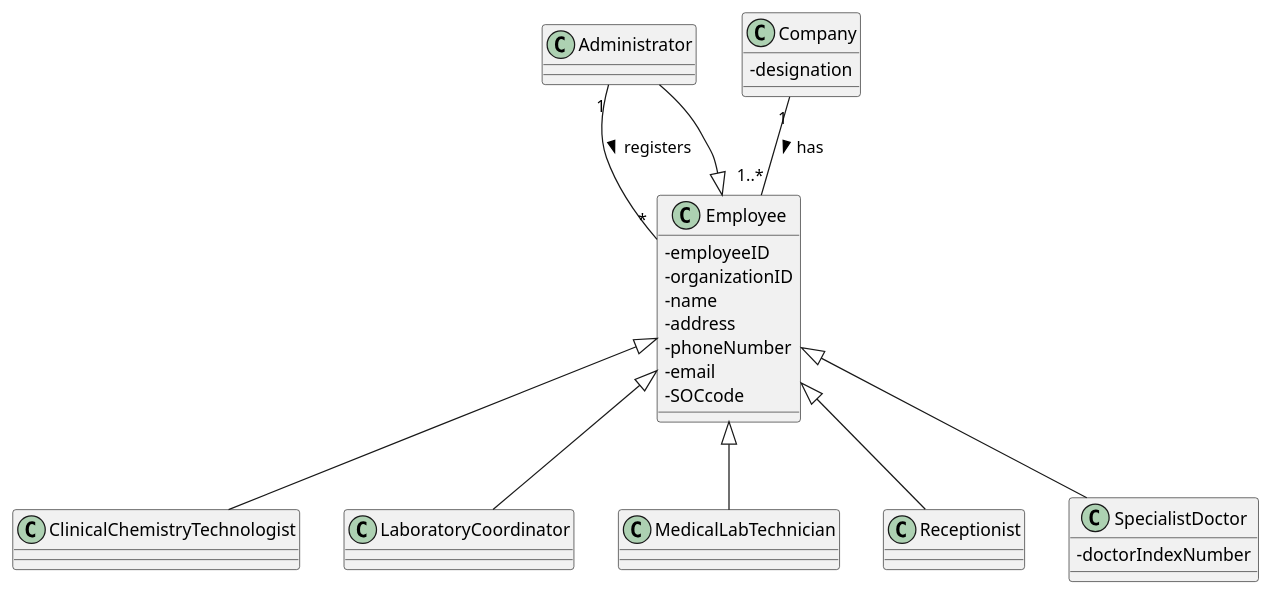
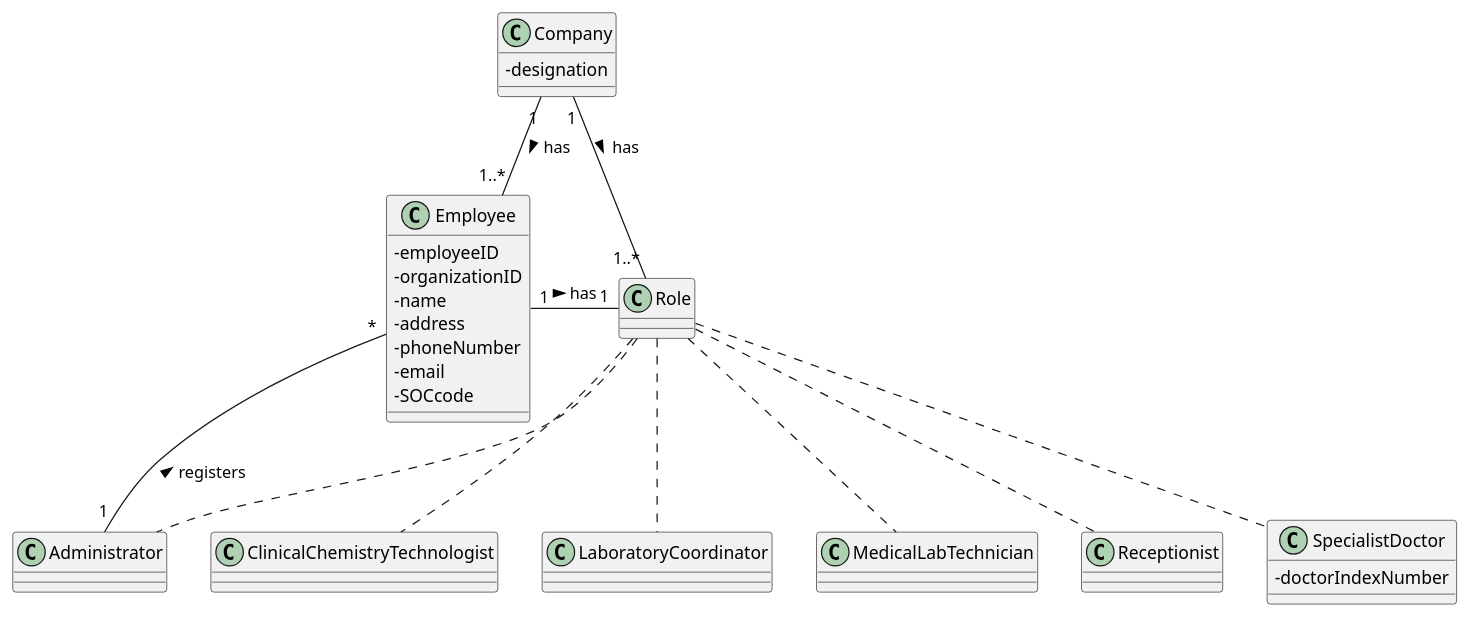
Before and after one commit to MadDinosaur/ISEP-LAPR2: the diagram in docs/SprintB/US7/US7_DM.puml, drawn with PlantUML. The commit also changed 2 other files, not shown here.

```diff
--- a/docs/SprintB/US7/US7_DM.puml
+++ b/docs/SprintB/US7/US7_DM.puml
@@ -1,33 +1,36 @@
 @startuml
 skinparam classAttributeIconSize 0
 
 class Administrator
 class ClinicalChemistryTechnologist
 class Company {
 -designation
 }
 class Employee {
 -employeeID
 -organizationID
 -name
 -address
 -phoneNumber
 -email
 -SOCcode
 }
 class LaboratoryCoordinator
 class MedicalLabTechnician
 class Receptionist
+class Role
 class SpecialistDoctor {
 -doctorIndexNumber
 }
 
 Company "1"--"1..*" Employee : has >
-Employee <|-- Administrator
-Employee <|-- ClinicalChemistryTechnologist
-Employee <|-- MedicalLabTechnician
-Employee <|-- LaboratoryCoordinator
-Employee <|-- Receptionist
-Employee <|-- SpecialistDoctor
+Company "1"--"1..*" Role : has >
+Role .. Administrator
+Role .. ClinicalChemistryTechnologist
+Role .. MedicalLabTechnician
+Role .. LaboratoryCoordinator
+Role .. Receptionist
+Role .. SpecialistDoctor
 Administrator "1"--"*" Employee : registers >
+Employee "1"-right-"1" Role : has >
 @enduml
```
